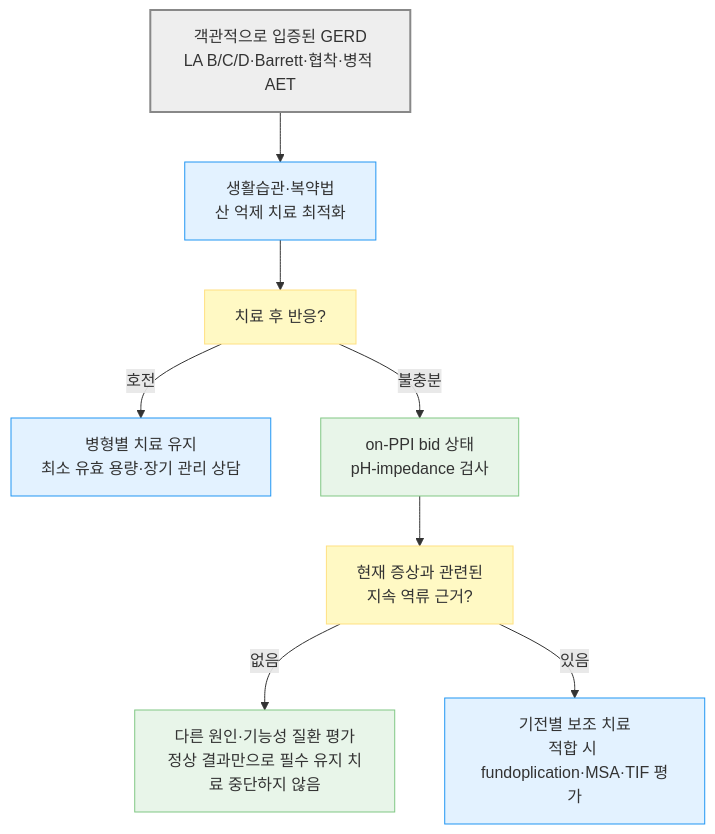
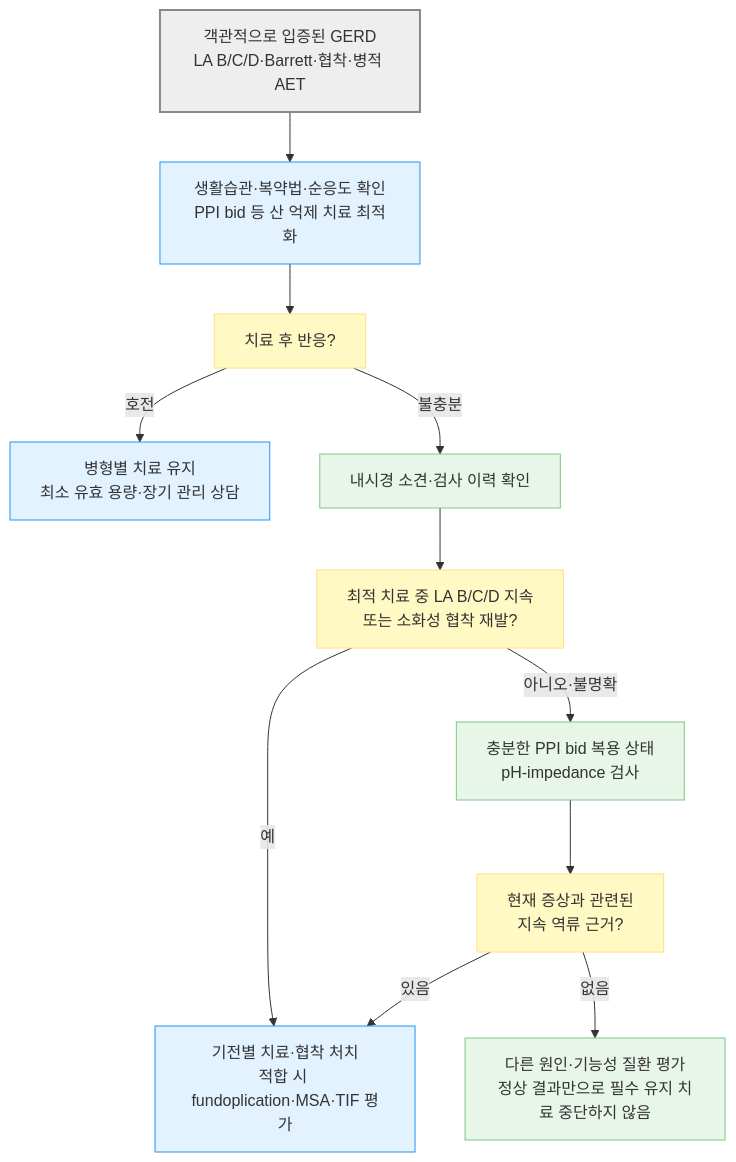
One commit to familyoh77/familyoh77 changed the fifth of 5 diagrams in 224_/081_-gerd.md. Above: the diagram before and after it, drawn with Mermaid. The commit also changed other lines of this file, not shown here.

````diff
--- a/224_/081_-gerd.md
+++ b/224_/081_-gerd.md
@@ -332,20 +350,23 @@
 ```mermaid
 flowchart TD
-    A["객관적으로 입증된 GERD<br/>LA B/C/D·Barrett·협착·병적 AET"] --> B["생활습관·복약법<br/>산 억제 치료 최적화"]
+    A["객관적으로 입증된 GERD<br/>LA B/C/D·Barrett·협착·병적 AET"] --> B["생활습관·복약법·순응도 확인<br/>PPI bid 등 산 억제 치료 최적화"]
     B --> R["치료 후 반응?"]
     R -- "호전" --> S["병형별 치료 유지<br/>최소 유효 용량·장기 관리 상담"]
-    R -- "불충분" --> I["on-PPI bid 상태<br/>pH-impedance 검사"]
+    R -- "불충분" --> E["내시경 소견·검사 이력 확인"]
+    E --> EQ["최적 치료 중 LA B/C/D 지속<br/>또는 소화성 협착 재발?"]
+    EQ -- "예" --> T["기전별 치료·협착 처치<br/>적합 시 fundoplication·MSA·TIF 평가"]
+    EQ -- "아니오·불명확" --> I["충분한 PPI bid 복용 상태<br/>pH-impedance 검사"]
     I --> IQ["현재 증상과 관련된<br/>지속 역류 근거?"]
     IQ -- "없음" --> O["다른 원인·기능성 질환 평가<br/>정상 결과만으로 필수 유지 치료 중단하지 않음"]
-    IQ -- "있음" --> T["기전별 보조 치료<br/>적합 시 fundoplication·MSA·TIF 평가"]
+    IQ -- "있음" --> T
 
     classDef neutral fill:#eeeeee,stroke:#888888,stroke-width:2px
     classDef question fill:#fff9c4,stroke:#ffe082
     classDef test fill:#e8f5e9,stroke:#81c784
     classDef treatment fill:#e3f2ff,stroke:#2196f3
     classDef next fill:#e8eaf6,stroke:#9fa8da
     class A neutral
-    class R,IQ question
-    class I,O test
+    class R,EQ,IQ question
+    class E,I,O test
     class B,S,T treatment
 ```
````
